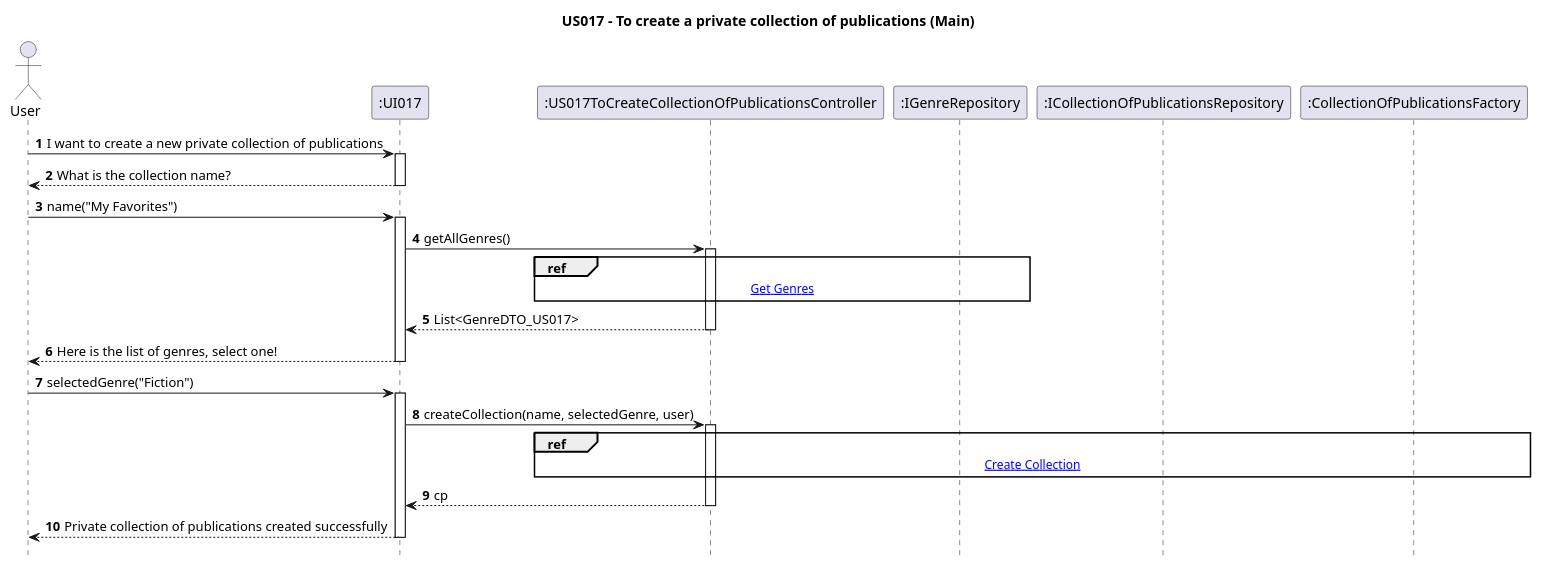
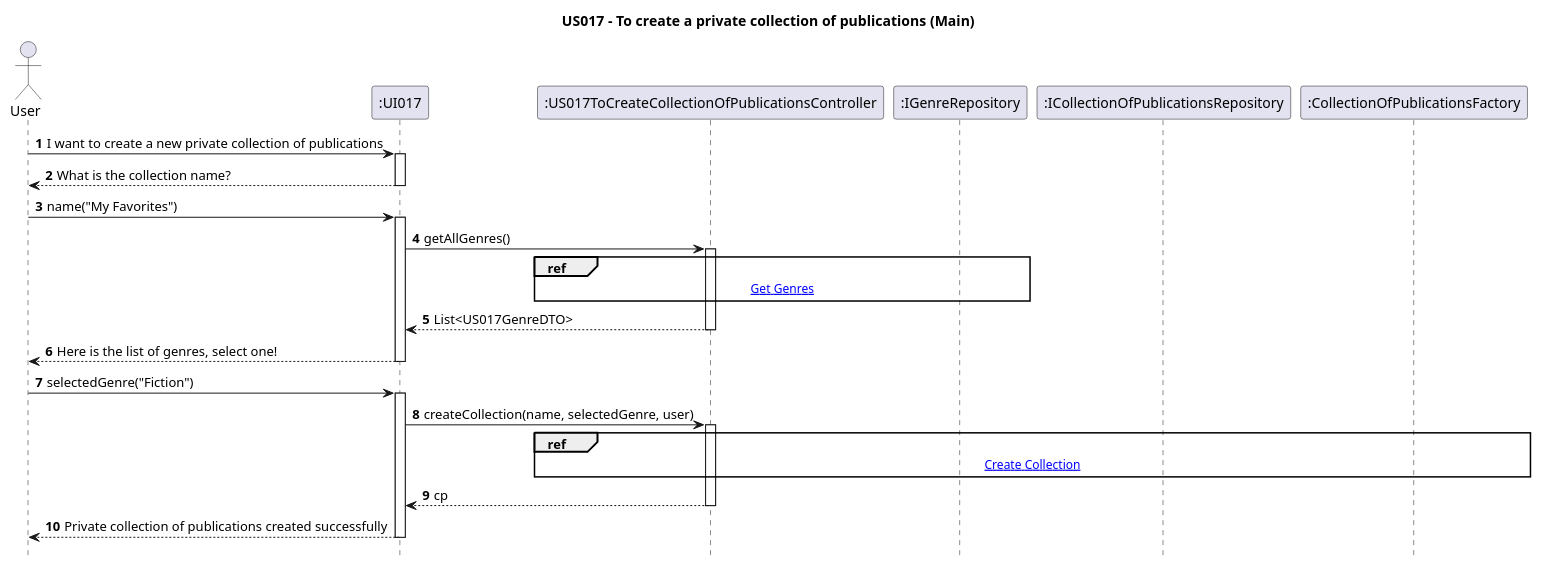
The diagram in Diagrams/SequenceDiagrams/N2/US017-to-create-private-publication-list/1.MainDiagram.puml (AndrePereiraGitH/SWitCH-Project-Team_A), drawn with PlantUML before and after one commit. The commit also changed 10 other files, not shown here.

Commit message:
refactor #591: rename GenreMapper_US017/GenreDTO_US017 to US017GenreMapper/US017GenreDTO, make mapper static utility class

```diff
--- a/Diagrams/SequenceDiagrams/N2/US017-to-create-private-publication-list/1.MainDiagram.puml
+++ b/Diagrams/SequenceDiagrams/N2/US017-to-create-private-publication-list/1.MainDiagram.puml
@@ -1,57 +1,57 @@
 @startuml
 hide footbox
 autonumber
 title US017 - To create a private collection of publications (Main)
 
 actor "User" as User
 participant ":UI017" as UI
 participant ":US017ToCreateCollectionOfPublicationsController" as Controller
 participant ":IGenreRepository" as GenreRepo
 participant ":ICollectionOfPublicationsRepository" as CollectionRepo
 participant ":CollectionOfPublicationsFactory" as Factory
 
 ' --- Start ---
 User -> UI : I want to create a new private collection of publications
 activate UI
 UI --> User : What is the collection name?
 deactivate UI
 
 User -> UI : name("My Favorites")
 activate UI
 
 ' =========================
 ' Get Genres (reference)
 ' =========================
 UI -> Controller : getAllGenres()
 activate Controller
 
 ref over Controller, GenreRepo
 [[2.GetGenres.puml Get Genres]]
 end ref
 
-Controller --> UI : List<GenreDTO_US017>
+Controller --> UI : List<US017GenreDTO>
 deactivate Controller
 
 UI --> User : Here is the list of genres, select one!
 deactivate UI
 
 ' =========================
 ' Create Private Collection (reference)
 ' =========================
 User -> UI : selectedGenre("Fiction")
 activate UI
 
 UI -> Controller : createCollection(name, selectedGenre, user)
 activate Controller
 
 ref over Controller, CollectionRepo, Factory
 [[3.CreateCollection.puml Create Collection]]
 end ref
 
 Controller --> UI : cp
 deactivate Controller
 
 UI --> User : Private collection of publications created successfully
 deactivate UI
 
 @enduml
```
